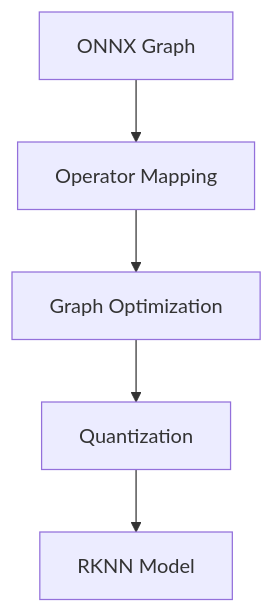
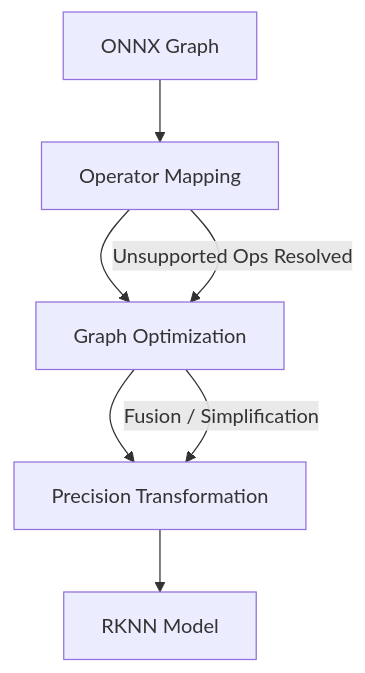
One commit to InvictusRex/SentinelBlue changed the second of 3 diagrams in Documentation/Quantization Strategy.md. Above: the diagram before and after it, drawn with Mermaid. The commit also changed other lines of this file, not shown here.

````diff
--- a/Documentation/Quantization Strategy.md
+++ b/Documentation/Quantization Strategy.md
@@ -42,7 +51,10 @@
 ```mermaid
 flowchart TD
     A[ONNX Graph] --> B[Operator Mapping]
     B --> C[Graph Optimization]
-    C --> D[Quantization]
+    C --> D[Precision Transformation]
     D --> E[RKNN Model]
+
+    B -->|Unsupported Ops Resolved| C
+    C -->|Fusion / Simplification| D
 ```
````
